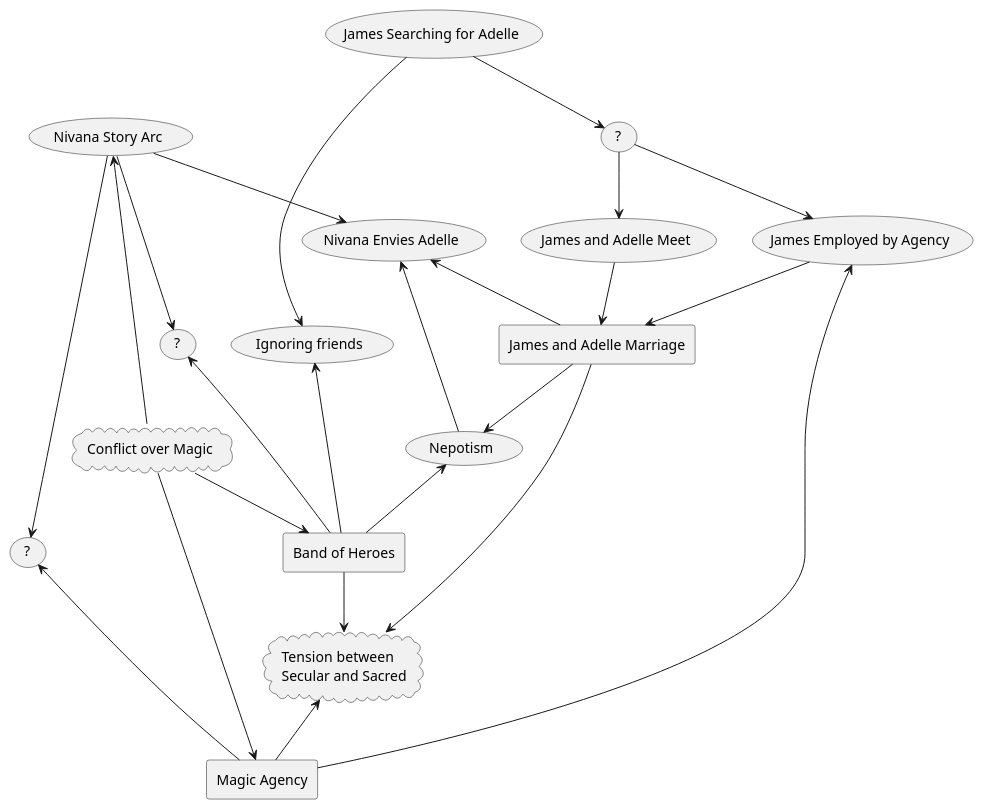
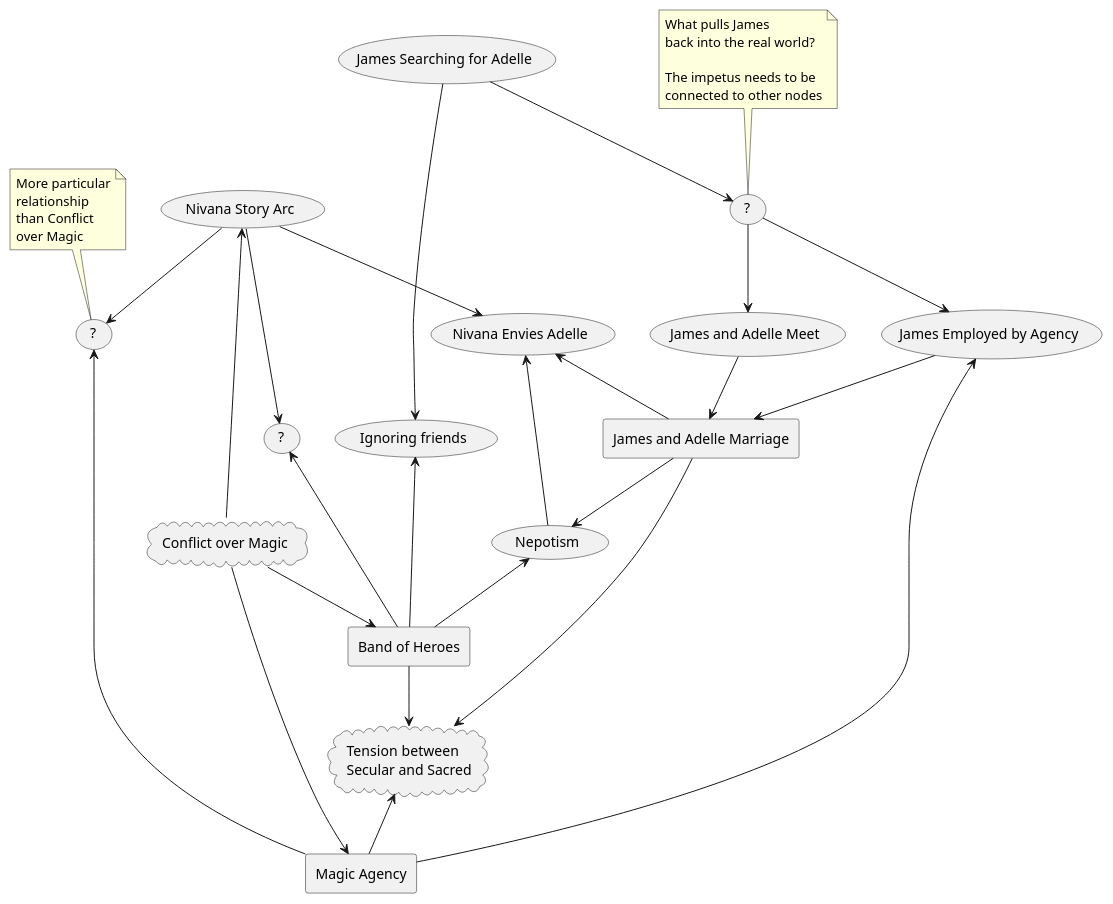
The diagram in workbench/twold/twold-components.puml (silentorb/marloth-story-docs), drawn with PlantUML before and after one commit.

Commit message:
Added comments to the twold diagram.

```diff
--- a/workbench/twold/twold-components.puml
+++ b/workbench/twold/twold-components.puml
@@ -1,43 +1,59 @@
 @startuml
 skinparam componentStyle rectangle
 
 (Nivana Story Arc) as nivanaArc
 [James and Adelle Marriage] as marriage
 [Band of Heroes] as heroes
 [Magic Agency] as magicAgency
 (James Searching for Adelle) as jamesSearching
 (James Employed by Agency) as jamesEmployed
 (James and Adelle Meet) as jamesAndAdelleMeet
 cloud "Conflict over Magic" as conflictOverMagic
- cloud "Tension between\nSecular and Sacred" as tensionSS
+cloud "Tension between\nSecular and Sacred" as tensionSS
 (Ignoring friends) as ignoringFriends
 (Nivana Envies Adelle) as nivanaEnvy
 (Nepotism) as nepotism
 (?) as question1
 (?) as question2
 (?) as question3
 
 jamesSearching --> question1
 question1 --> jamesEmployed
 question1 --> jamesAndAdelleMeet
 jamesAndAdelleMeet --> marriage
 jamesEmployed <-- magicAgency
 jamesEmployed --> marriage
 heroes --> tensionSS
 tensionSS <-- magicAgency
 marriage --> nepotism
 nepotism <-- heroes
 marriage --> tensionSS
 conflictOverMagic --> magicAgency
 conflictOverMagic --> heroes
 nivanaArc <-- conflictOverMagic
 jamesSearching --> ignoringFriends
 ignoringFriends <-- heroes
 nivanaArc --> nivanaEnvy
 nivanaEnvy <-- marriage
 nivanaArc --> question2
 question2 <-- heroes
 nivanaArc --> question3
 question3 <-- magicAgency
 nepotism --> nivanaEnvy
+
+note top of question1
+What pulls James
+back into the real world?
+
+The impetus needs to be
+connected to other nodes
+end note
+
+note top of question3
+More particular
+relationship
+than Conflict
+over Magic
+end note
+
 @enduml
```
